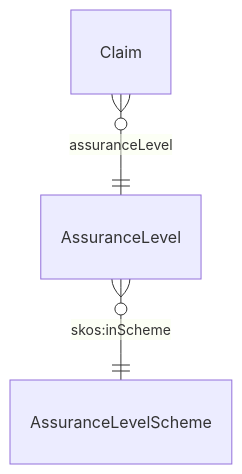
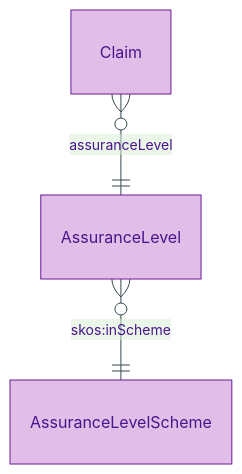
The diagram in docs/manual/logical/claim/assurance-level.md (sparkling/opda), drawn with Mermaid before and after one commit. The commit also changed other lines of this file and 179 other files, not shown here.

First line of the commit message:
docs(manual): Logical-tier diagram expansion via /diagramming skill

````diff
--- a/docs/manual/logical/claim/assurance-level.md
+++ b/docs/manual/logical/claim/assurance-level.md
@@ -30,5 +35,9 @@
 ```mermaid
+%%{init: {"theme": "base", "themeVariables": {"primaryColor": "#E1BEE7", "primaryTextColor": "#4A148C", "primaryBorderColor": "#6A1B9A", "lineColor": "#37474F"}}}%%
 erDiagram
+    accTitle: AssuranceLevel — Entity-Relationship Diagram
+    accDescr: AssuranceLevel Quale-in-Region — bound to Claim via assuranceLevel and member of AssuranceLevelScheme (eIDAS + PDTF-Standard).
+
     Claim }o--|| AssuranceLevel : "assuranceLevel"
     AssuranceLevel }o--|| AssuranceLevelScheme : "skos:inScheme"
 ```
````
